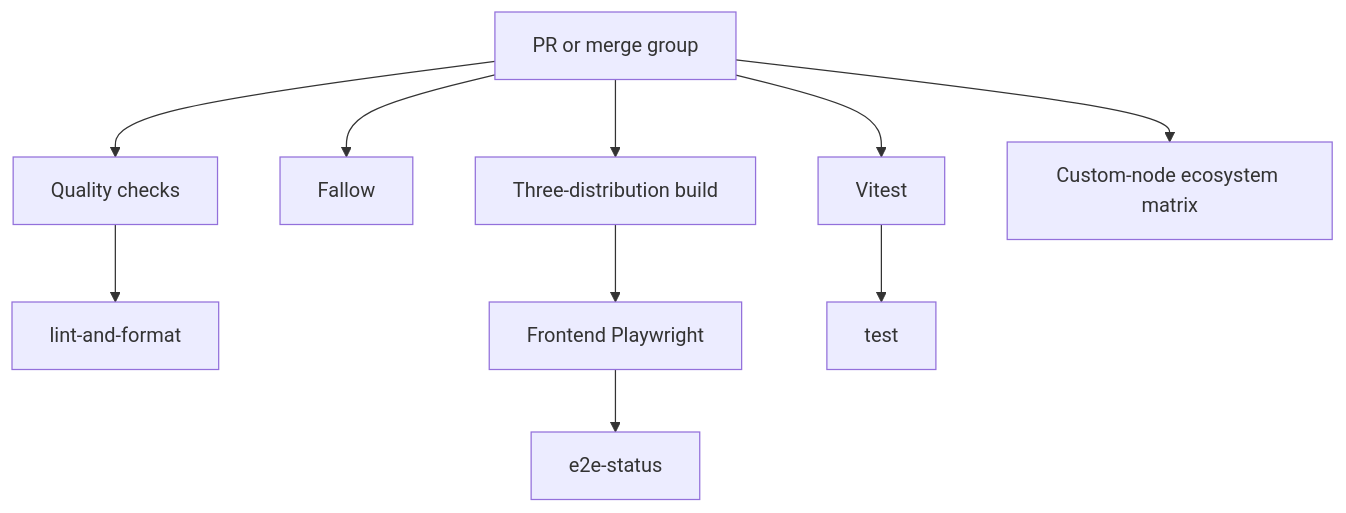
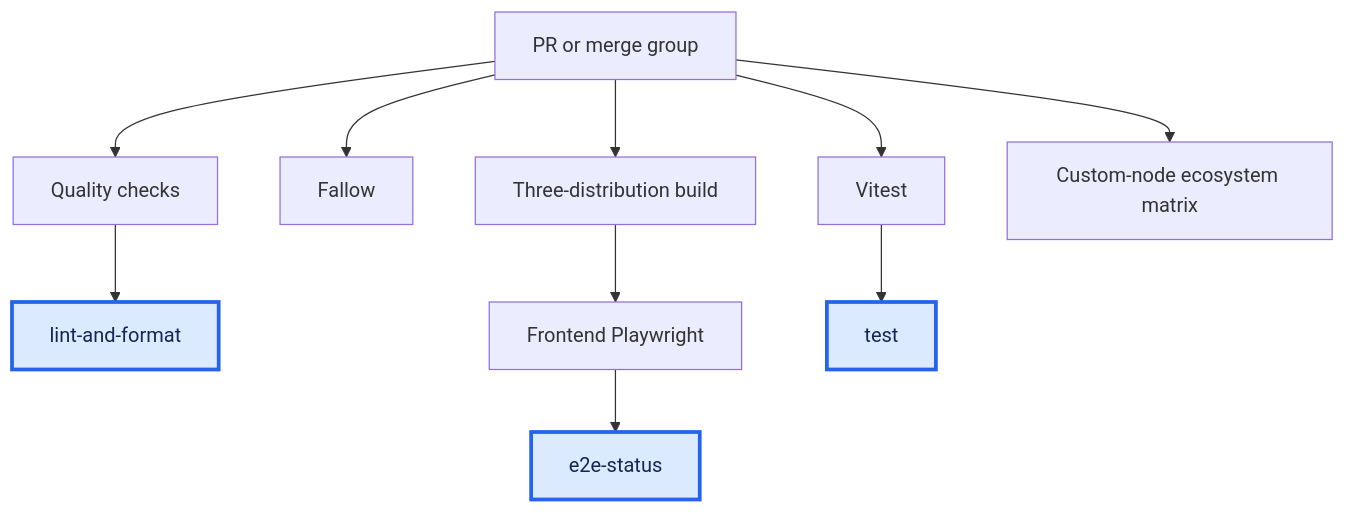
One commit to Comfy-Org/ComfyUI_frontend changed the first of 2 diagrams in docs/adr/CI-PREREQUISITES-0038-gate-expensive-candidate-tests.md. Above: the diagram before and after it, drawn with Mermaid. The commit also changed other lines of this file, not shown here.

First line of the commit message:
docs: highlight required CI checks in dependency graphs

````diff
--- a/docs/adr/CI-PREREQUISITES-0038-gate-expensive-candidate-tests.md
+++ b/docs/adr/CI-PREREQUISITES-0038-gate-expensive-candidate-tests.md
@@ -82,12 +86,14 @@
 ```mermaid
 flowchart TD
     Event[PR or merge group] --> Quality[Quality checks]
     Event --> Fallow[Fallow]
     Event --> Build[Three-distribution build]
     Event --> Unit[Vitest]
     Event --> Ecosystem[Custom-node ecosystem matrix]
     Quality --> LintStatus[lint-and-format]
     Build --> Playwright[Frontend Playwright]
     Unit --> UnitStatus[test]
     Playwright --> E2EStatus[e2e-status]
+    classDef required fill:#dbeafe,stroke:#2563eb,color:#172554,stroke-width:3px
+    class LintStatus,UnitStatus,E2EStatus required
 ```
````
